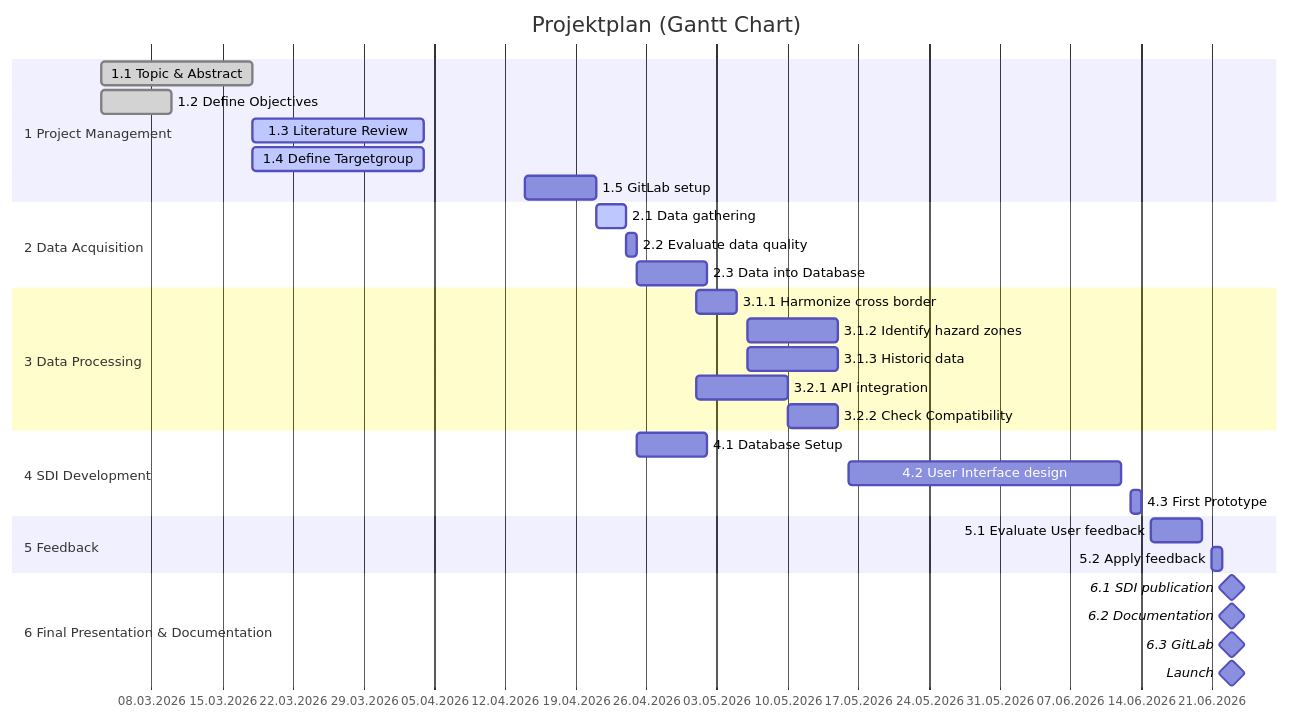
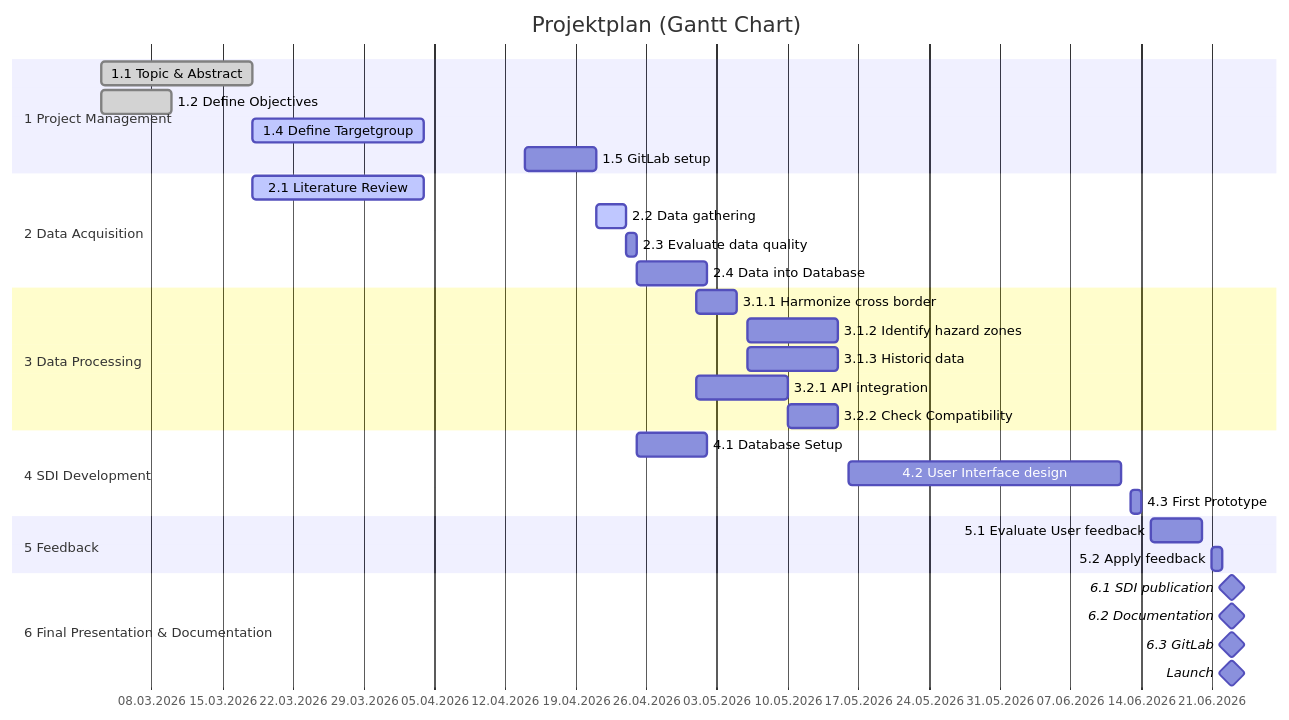
One commit to schmlou/sdi_biwa changed the diagram in README.md. Above: the diagram before and after it, drawn with Mermaid.

Commit message:
Gantt-Chart updated

````diff
--- a/README.md
+++ b/README.md
@@ -23,40 +23,40 @@
 ```mermaid
 gantt
     dateFormat  YYYY-MM-DD
     title       Projektplan (Gantt Chart)
     axisFormat  %d.%m.%Y
 
     section 1 Project Management
     1.1 Topic & Abstract           :done,    pm1, 2026-03-03, 2026-03-18
     1.2 Define Objectives          :done,    pm2, 2026-03-03, 2026-03-10
-    1.3 Literature Review          :active,  pm3, 2026-03-18, 2026-04-04
     1.4 Define Targetgroup         :active,  pm4, 2026-03-18, 2026-04-04
     1.5 GitLab setup               :         pm5, 2026-04-14, 2026-04-21
 
     section 2 Data Acquisition
-    2.1 Data gathering             :active,  da1, 2026-04-21, 2026-04-24
-    2.2 Evaluate data quality      :         da2, 2026-04-24, 2026-04-25
-    2.3 Data into Database         :         da3, 2026-04-25, 7d
+    2.1 Literature Review          :active,  pm3, 2026-03-18, 2026-04-04
+    2.2 Data gathering             :active,  da1, 2026-04-21, 2026-04-24
+    2.3 Evaluate data quality      :         da2, 2026-04-24, 2026-04-25
+    2.4 Data into Database         :         da3, 2026-04-25, 7d
 
     section 3 Data Processing
     3.1.1 Harmonize cross border   :         dp1, 2026-05-01, 2026-05-05
     3.1.2 Identify hazard zones    :         dp2, 2026-05-06, 2026-05-15
     3.1.3 Historic data            :         dp3, 2026-05-06, 2026-05-15
     3.2.1 API integration          :         dp4, 2026-05-01, 2026-05-10
     3.2.2 Check Compatibility      :         dp5, 2026-05-10, 2026-05-15
 
     section 4 SDI Development
     4.1 Database Setup             :         sdi1, 2026-04-25, 7d
     4.2 User Interface design      :         sdi2, 2026-05-16, 2026-06-12
     4.3 First Prototype            :         sdi3, 2026-06-13, 2026-06-14
 
     section 5 Feedback
     5.1 Evaluate User feedback     :         fb1, 2026-06-15, 2026-06-20
     5.2 Apply feedback             :         fb2, 2026-06-21, 2026-06-22
 
     section 6 Final Presentation & Documentation
     6.1 SDI publication            :milestone, doc1, 2026-06-23, 0d
     6.2 Documentation              :milestone, doc2, 2026-06-23, 0d
     6.3 GitLab                     :milestone, doc3, 2026-06-23, 0d
     Launch                         :milestone, launch, 2026-06-23, 0d
 ```
````
